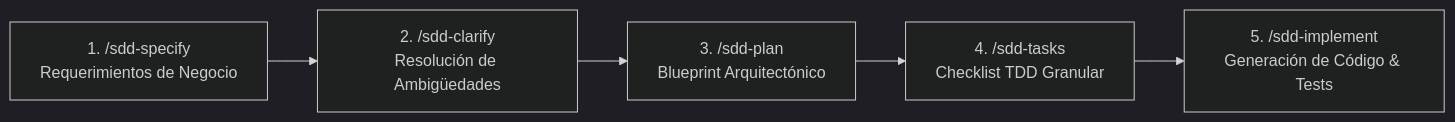
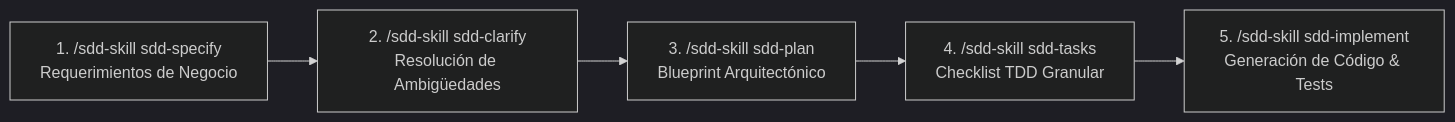
Before and after one commit to develasquez/full-stack-engineer: the diagram in AGENTS.md, drawn with Mermaid (dark theme). The commit also changed other lines of this file and 5 other files, not shown here.

````diff
--- a/AGENTS.md
+++ b/AGENTS.md
@@ -36,7 +36,7 @@
 ```mermaid
 flowchart LR
-    Specify["1. /sdd-specify<br/>Requerimientos de Negocio"] --> Clarify["2. /sdd-clarify<br/>Resolución de Ambigüedades"]
-    Clarify --> Plan["3. /sdd-plan<br/>Blueprint Arquitectónico"]
-    Plan --> Tasks["4. /sdd-tasks<br/>Checklist TDD Granular"]
-    Tasks --> Implement["5. /sdd-implement<br/>Generación de Código & Tests"]
+    Specify["1. /sdd-skill sdd-specify<br/>Requerimientos de Negocio"] --> Clarify["2. /sdd-skill sdd-clarify<br/>Resolución de Ambigüedades"]
+    Clarify --> Plan["3. /sdd-skill sdd-plan<br/>Blueprint Arquitectónico"]
+    Plan --> Tasks["4. /sdd-skill sdd-tasks<br/>Checklist TDD Granular"]
+    Tasks --> Implement["5. /sdd-skill sdd-implement<br/>Generación de Código & Tests"]
 ```
````
